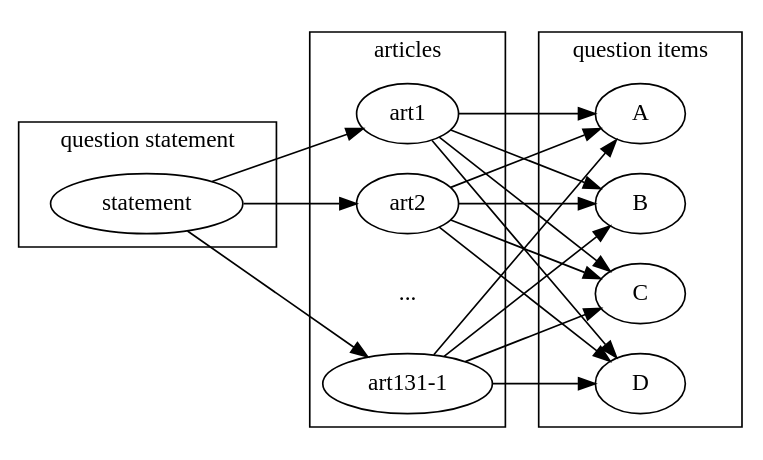
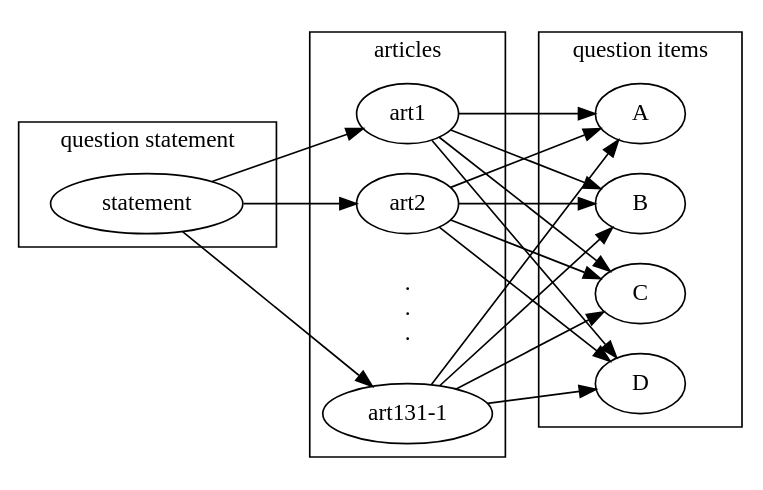
Before and after one commit to legal-nlp/oab-exams: the diagram in doc/graph.gv, drawn with Graphviz.

Commit message:
update graph

```diff
--- a/doc/graph.gv
+++ b/doc/graph.gv
@@ -1,36 +1,36 @@
 // dot -Tps -o graph.ps graph.gv
 // gs -o graph.pdf -sDEVICE=pdfwrite -g4510x3260 -dPDFFitPage graph.ps
 Digraph oab {
         rankdir=LR;
         splines=line;
         subgraph cluster_statement {
                 label="question statement"
                 statement
         }
         subgraph cluster_articles{
                 label="articles"
                 art1;
                 art2;
-                reticencias[label="...", shape="none"];
+                reticencias[label=".\n.\n.", shape="none"];
                 art131[label="art131-1"];
                 
                 {rank=same;
                         art1;
                         art2;
                         reticencias;
                         art131}
                 } 		
         subgraph cluster_items {
                         label="question items";
                 A;
                 B;
                 C;
                 D;
                 {rank=same;
                         A B C D}
                 }
         statement -> {art1 art2 art131};
         art1 -> {A B C D};
         art2 -> {A B C D};
         art131 -> {A B C D};
             }
```
